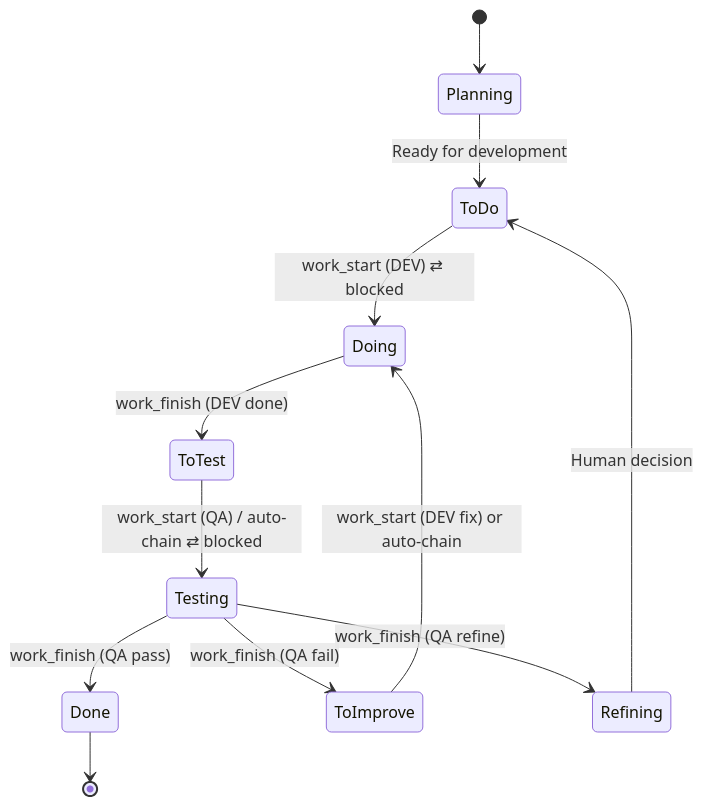
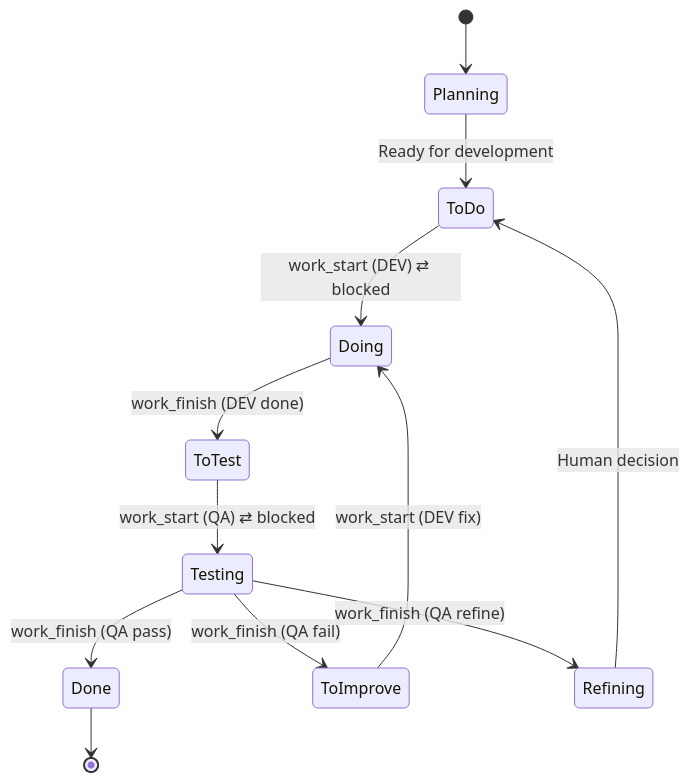
One commit to StrongheartedX/devclaw changed the diagram in README.md. Above: the diagram before and after it, drawn with Mermaid. The commit also changed other lines of this file and 7 other files, not shown here.

````diff
--- a/README.md
+++ b/README.md
@@ -109,18 +108,18 @@
 ```mermaid
 stateDiagram-v2
     [*] --> Planning
     Planning --> ToDo: Ready for development
 
     ToDo --> Doing: work_start (DEV) ⇄ blocked
     Doing --> ToTest: work_finish (DEV done)
 
-    ToTest --> Testing: work_start (QA) / auto-chain ⇄ blocked
+    ToTest --> Testing: work_start (QA) ⇄ blocked
     Testing --> Done: work_finish (QA pass)
     Testing --> ToImprove: work_finish (QA fail)
     Testing --> Refining: work_finish (QA refine)
 
-    ToImprove --> Doing: work_start (DEV fix) or auto-chain
+    ToImprove --> Doing: work_start (DEV fix)
     Refining --> ToDo: Human decision
 
     Done --> [*]
 ```
````
